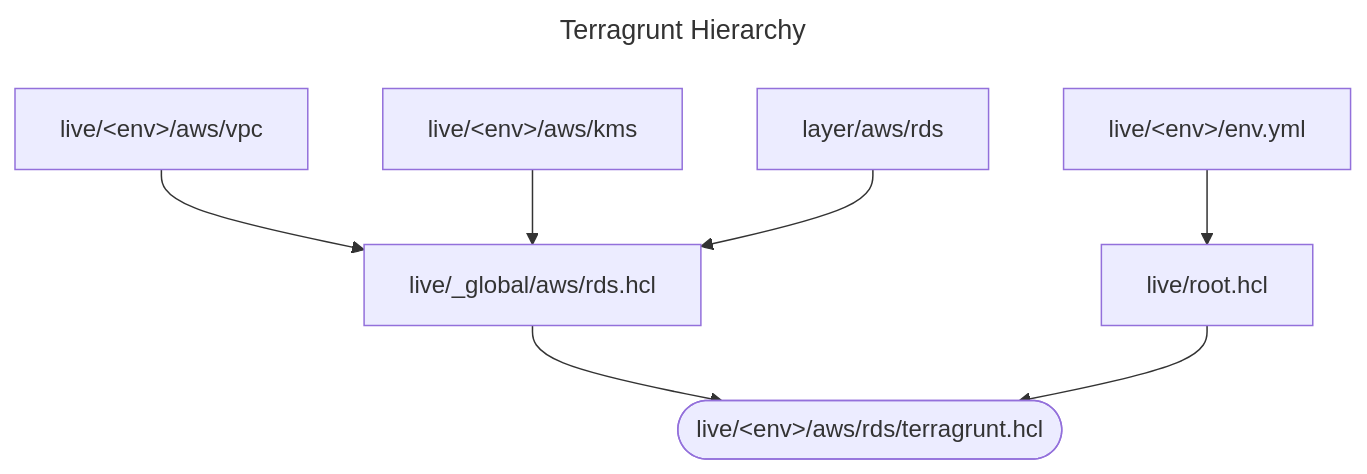
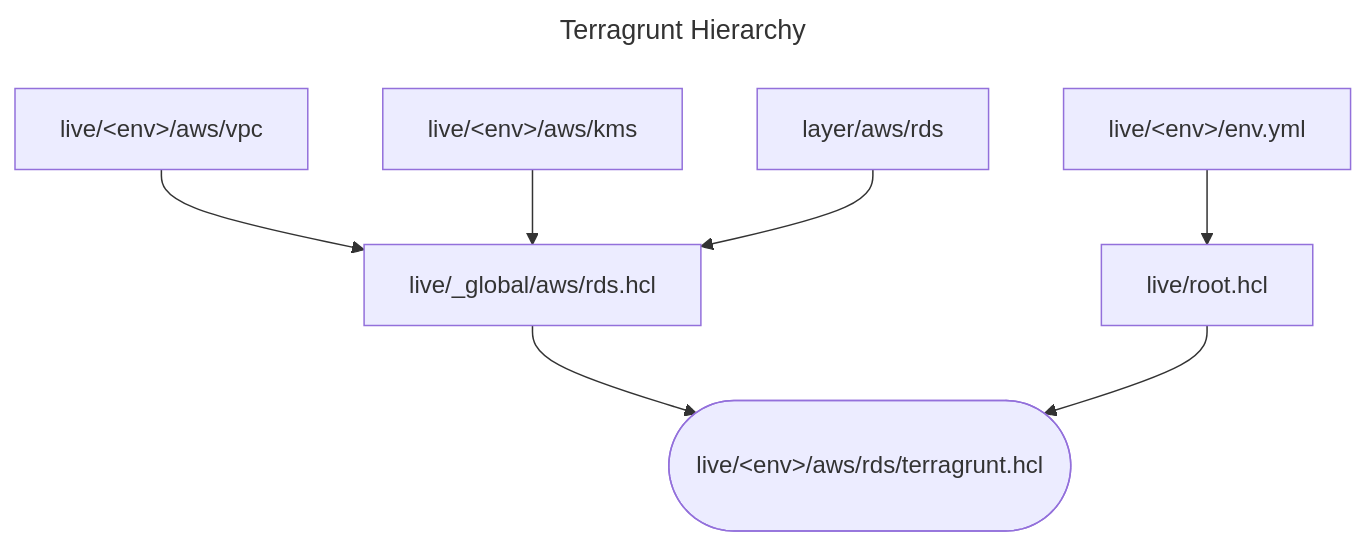
Before and after one commit to tkreque/poc: the diagram in poc-terragrunt/README.md, drawn with Mermaid.

Commit message:
Improved the solution to avoid repetition on the Terragrunt configuration (Fixed README)

````diff
--- a/poc-terragrunt/README.md
+++ b/poc-terragrunt/README.md
@@ -75,14 +75,13 @@
 ```mermaid
 ---
 title: Terragrunt Hierarchy
-config:
-  width: 700
 ---
 graph TD;
-  B["live/_global/aws/rds.hcl"] --> A(["live/&lt;env&gt;/aws/rds/terragrunt.hcl"]);
+  B["live/_global/aws/rds.hcl"] --> A(["live/&lt;env&gt;/aws/rds/terragrunt.hcl"]):::wide;
   C["live/root.hcl"] --> A;
   D["live/&lt;env&gt;/aws/vpc"] --> B;
   E["live/&lt;env&gt;/aws/kms"] --> B;
   F["layer/aws/rds"] --> B;
   G["live/&lt;env&gt;/env.yml"] --> C;
+  classDef wide padding:100px
 ```
````
